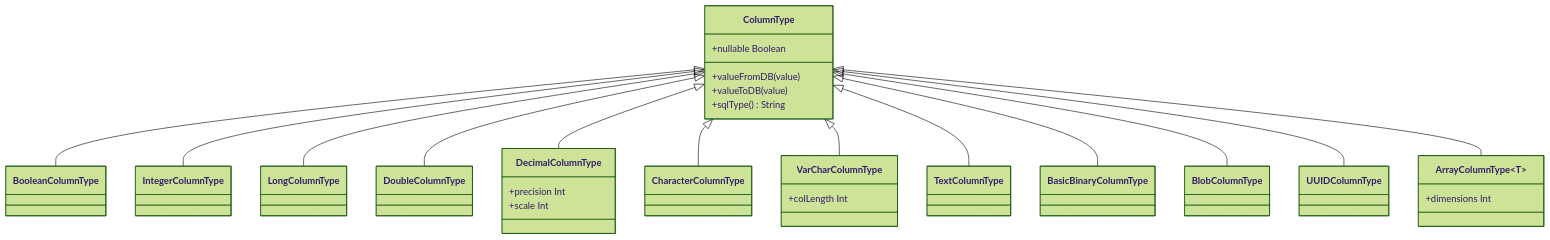
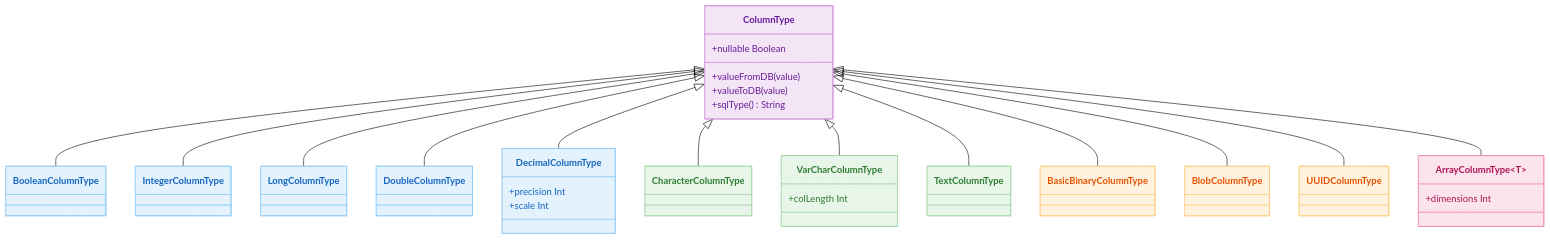
Before and after one commit to bluetape4k/exposed-workshop: the diagram in 05-exposed-dml/02-types/README.md, drawn with Mermaid (forest theme). The commit also changed 56 other files, not shown here.

First line of the commit message:
docs: 전체 README mermaid 다이어그램에 파스텔 톤 색상 적용

````diff
--- a/05-exposed-dml/02-types/README.md
+++ b/05-exposed-dml/02-types/README.md
@@ -17,41 +17,55 @@
 ```mermaid
 classDiagram
     class ColumnType {
         +nullable Boolean
         +valueFromDB(value)
         +valueToDB(value)
         +sqlType() String
     }
     class BooleanColumnType
     class IntegerColumnType
     class LongColumnType
     class DoubleColumnType
     class DecimalColumnType {
         +precision Int
         +scale Int
     }
     class CharacterColumnType
     class VarCharColumnType {
         +colLength Int
     }
     class TextColumnType
     class BasicBinaryColumnType
     class BlobColumnType
     class UUIDColumnType
     class ArrayColumnType~T~ {
         +dimensions Int
     }
 
     ColumnType <|-- BooleanColumnType
     ColumnType <|-- IntegerColumnType
     ColumnType <|-- LongColumnType
     ColumnType <|-- DoubleColumnType
     ColumnType <|-- DecimalColumnType
     ColumnType <|-- CharacterColumnType
     ColumnType <|-- VarCharColumnType
     ColumnType <|-- TextColumnType
     ColumnType <|-- BasicBinaryColumnType
     ColumnType <|-- BlobColumnType
     ColumnType <|-- UUIDColumnType
     ColumnType <|-- ArrayColumnType
+
+    style ColumnType fill:#F3E5F5,stroke:#CE93D8,color:#6A1B9A
+    style BooleanColumnType fill:#E3F2FD,stroke:#90CAF9,color:#1565C0
+    style IntegerColumnType fill:#E3F2FD,stroke:#90CAF9,color:#1565C0
+    style LongColumnType fill:#E3F2FD,stroke:#90CAF9,color:#1565C0
+    style DoubleColumnType fill:#E3F2FD,stroke:#90CAF9,color:#1565C0
+    style DecimalColumnType fill:#E3F2FD,stroke:#90CAF9,color:#1565C0
+    style CharacterColumnType fill:#E8F5E9,stroke:#A5D6A7,color:#2E7D32
+    style VarCharColumnType fill:#E8F5E9,stroke:#A5D6A7,color:#2E7D32
+    style TextColumnType fill:#E8F5E9,stroke:#A5D6A7,color:#2E7D32
+    style BasicBinaryColumnType fill:#FFF3E0,stroke:#FFCC80,color:#E65100
+    style BlobColumnType fill:#FFF3E0,stroke:#FFCC80,color:#E65100
+    style UUIDColumnType fill:#FFF3E0,stroke:#FFCC80,color:#E65100
+    style ArrayColumnType fill:#FCE4EC,stroke:#F48FB1,color:#AD1457
 ```
````
